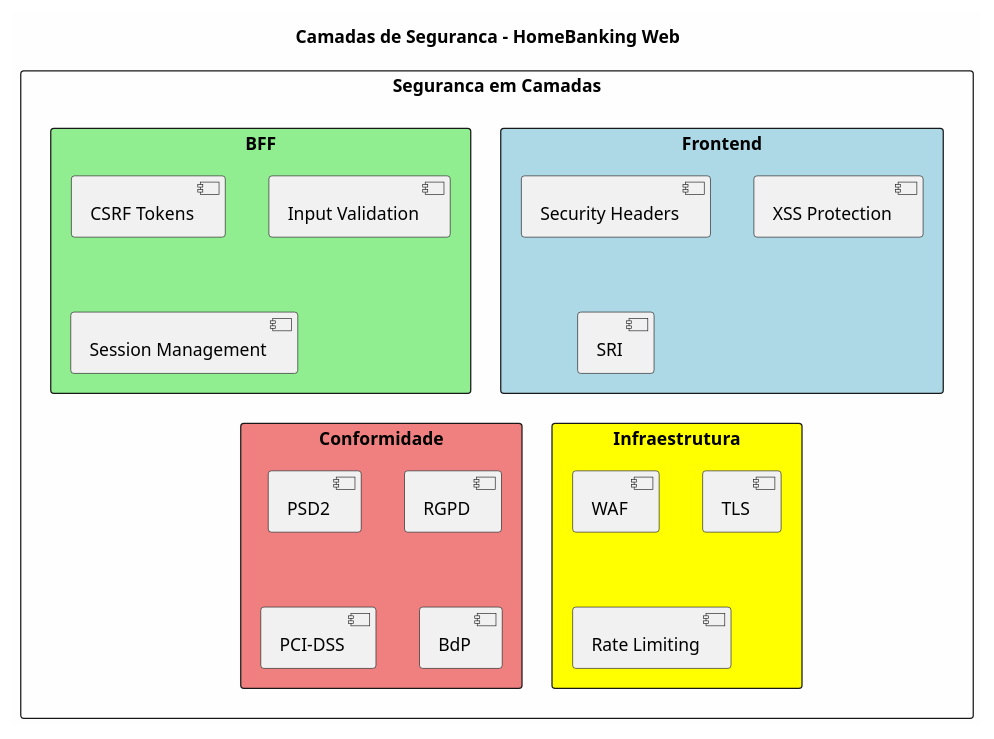
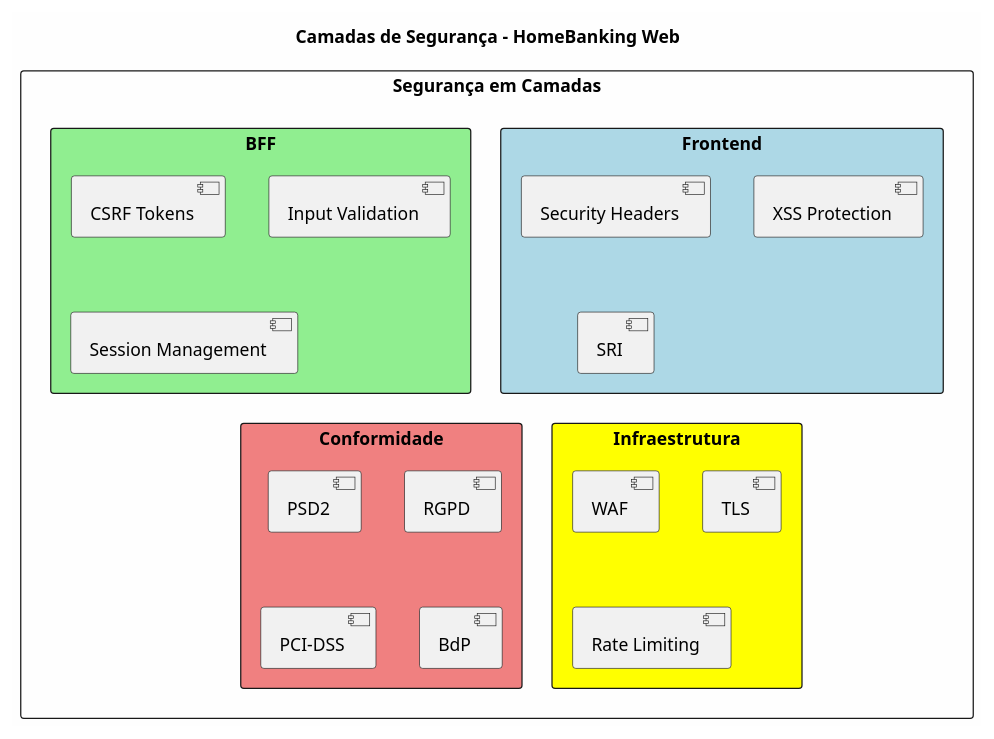
One commit to beduardo/novobanco_website_doc changed the first of 3 diagrams in current/sections/SEC-08-seguranca-conformidade.md. Above: the diagram before and after it, drawn with PlantUML. The commit also changed other lines of this file and 182 other files, not shown here.

````diff
--- a/current/sections/SEC-08-seguranca-conformidade.md
+++ b/current/sections/SEC-08-seguranca-conformidade.md
@@ -36,35 +36,35 @@
 ```plantuml
 @startuml
 skinparam backgroundColor #FEFEFE
 
-title Camadas de Seguranca - HomeBanking Web
+title Camadas de Segurança - HomeBanking Web
 
-rectangle "Seguranca em Camadas" {
+rectangle "Segurança em Camadas" {
     rectangle "Frontend" #LightBlue {
         [Security Headers]
         [XSS Protection]
         [SRI]
     }
 
     rectangle "BFF" #LightGreen {
         [CSRF Tokens]
         [Input Validation]
         [Session Management]
     }
 
     rectangle "Infraestrutura" #Yellow {
         [WAF]
         [TLS]
         [Rate Limiting]
     }
 
     rectangle "Conformidade" #LightCoral {
         [PSD2]
         [RGPD]
         [PCI-DSS]
         [BdP]
     }
 }
 
 @enduml
 ```
````
